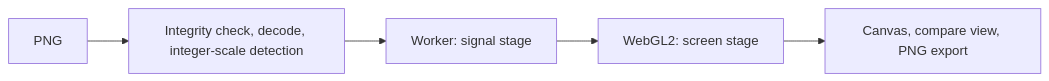
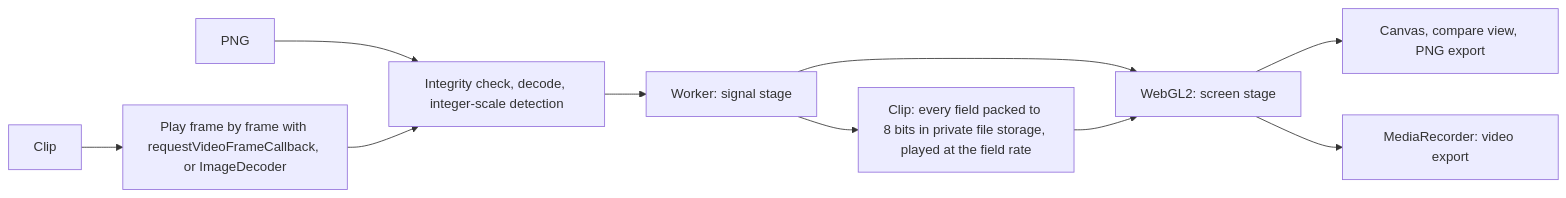
One commit to gufranco/nijimi changed the diagram in REFERENCE.md. Above: the diagram before and after it, drawn with Mermaid. The commit also changed other lines of this file and 183 other files, not shown here.

````diff
--- a/REFERENCE.md
+++ b/REFERENCE.md
@@ -7,7 +7,12 @@
 ```mermaid
 flowchart LR
   A[PNG] --> B[Integrity check, decode, integer-scale detection]
+  V[Clip] --> W[Play frame by frame with requestVideoFrameCallback, or ImageDecoder]
+  W --> B
   B --> C[Worker: signal stage]
   C --> D[WebGL2: screen stage]
   D --> E[Canvas, compare view, PNG export]
+  C --> P[Clip: every field packed to 8 bits in private file storage, played at the field rate]
+  P --> D
+  D --> R[MediaRecorder: video export]
 ```
````
